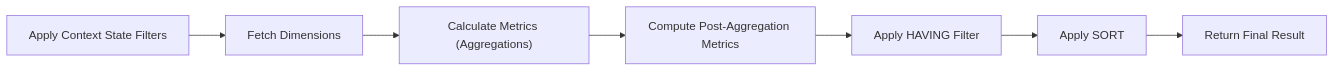
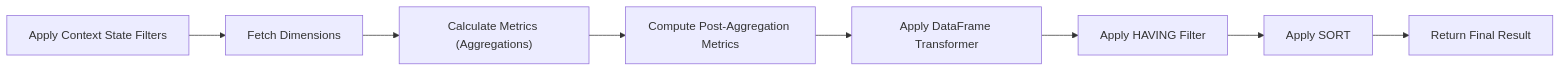
The diagram in docs/concepts/queries.md (cube-alchemy/cube-alchemy), drawn with Mermaid before and after one commit. The commit also changed other lines of this file and 48 other files, not shown here.

````diff
--- a/docs/concepts/queries.md
+++ b/docs/concepts/queries.md
@@ -33,9 +33,10 @@
 ```mermaid
 flowchart LR
   A["Apply Context State Filters"] --> B["Fetch Dimensions"]
   B --> C["Calculate Metrics (Aggregations)"]
   C --> D["Compute Post-Aggregation Metrics"]
-  D --> E["Apply HAVING Filter"]
-  E --> F["Apply SORT"]
-  F --> G["Return Final Result"]
+  D --> E["Apply DataFrame Transformer"]
+  E --> F["Apply HAVING Filter"]
+  F --> G["Apply SORT"]
+  G --> H["Return Final Result"]
 ```
````
